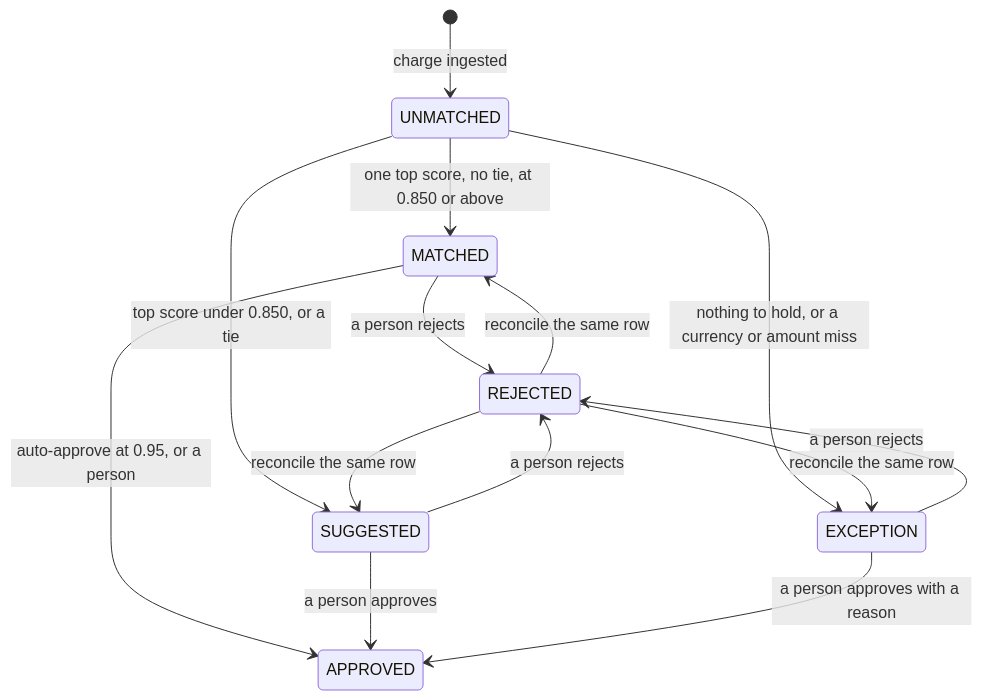
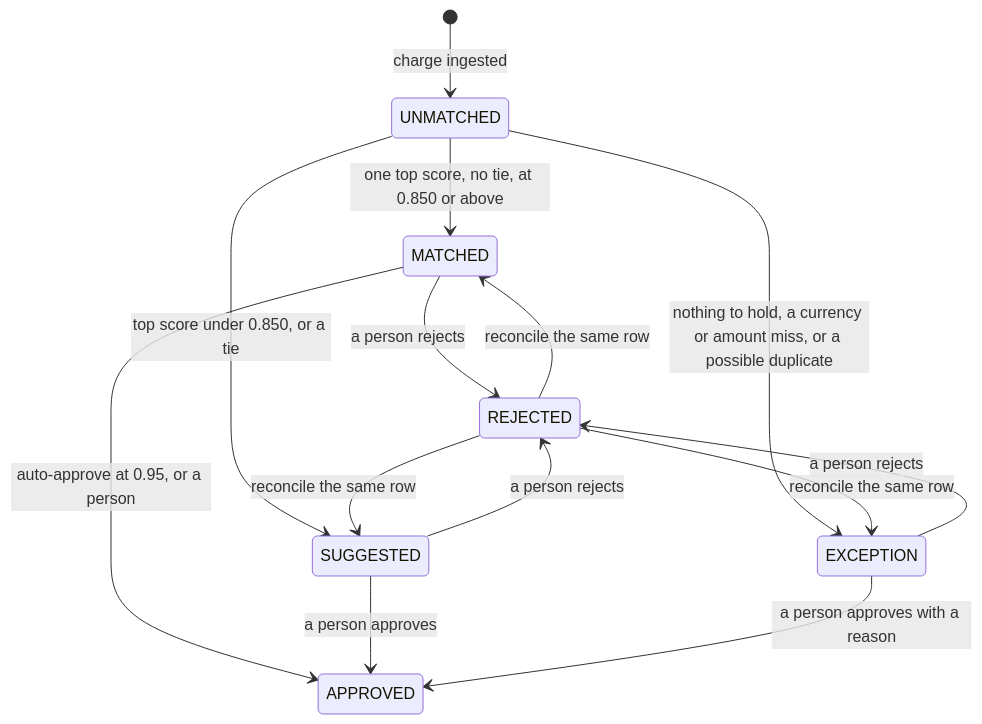
The second of 2 diagrams in README.md (HHok95/spend-recon), drawn with Mermaid before and after one commit. The commit also changed other lines of this file and 11 other files, not shown here.

````diff
--- a/README.md
+++ b/README.md
@@ -142,16 +142,16 @@
 ```mermaid
 stateDiagram-v2
   [*] --> UNMATCHED: charge ingested
   UNMATCHED --> MATCHED: one top score, no tie, at 0.850 or above
   UNMATCHED --> SUGGESTED: top score under 0.850, or a tie
-  UNMATCHED --> EXCEPTION: nothing to hold, or a currency or amount miss
+  UNMATCHED --> EXCEPTION: nothing to hold, a currency or amount miss, or a possible duplicate
   MATCHED --> APPROVED: auto-approve at 0.95, or a person
   SUGGESTED --> APPROVED: a person approves
   EXCEPTION --> APPROVED: a person approves with a reason
   MATCHED --> REJECTED: a person rejects
   SUGGESTED --> REJECTED: a person rejects
   EXCEPTION --> REJECTED: a person rejects
   REJECTED --> MATCHED: reconcile the same row
   REJECTED --> SUGGESTED: reconcile the same row
   REJECTED --> EXCEPTION: reconcile the same row
 ```
````
